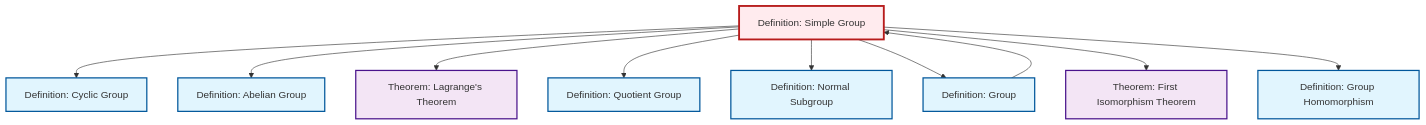
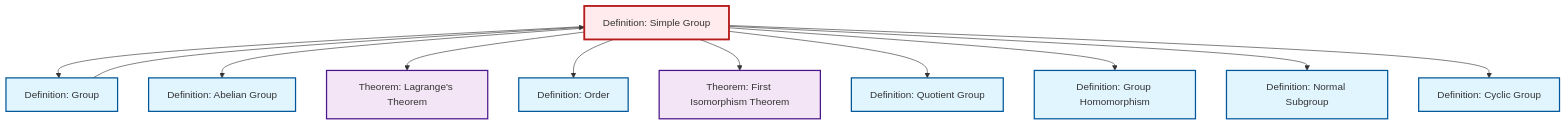
One commit to RK0429/ModernMath changed the diagram in output/mermaid/def-simple-group.mermaid. Above: the diagram before and after it, drawn with Mermaid. The commit also changed 581 other files, not shown here.

```diff
--- a/output/mermaid/def-simple-group.mermaid
+++ b/output/mermaid/def-simple-group.mermaid
@@ -1,26 +1,28 @@
 %%| fig-cap: "Local dependency graph"
 graph TD
     classDef definition fill:#e1f5fe,stroke:#01579b,stroke-width:2px
     classDef theorem fill:#f3e5f5,stroke:#4a148c,stroke-width:2px
     classDef axiom fill:#fff3e0,stroke:#e65100,stroke-width:2px
     classDef example fill:#e8f5e9,stroke:#1b5e20,stroke-width:2px
     classDef current fill:#ffebee,stroke:#b71c1c,stroke-width:3px
+    def-simple-group["Definition: Simple Group"]:::definition
+    def-order["Definition: Order"]:::definition
     def-quotient-group["Definition: Quotient Group"]:::definition
+    thm-lagrange["Theorem: Lagrange's Theorem"]:::theorem
     def-abelian-group["Definition: Abelian Group"]:::definition
-    def-simple-group["Definition: Simple Group"]:::definition
     def-cyclic-group["Definition: Cyclic Group"]:::definition
     def-group["Definition: Group"]:::definition
+    thm-first-isomorphism["Theorem: First Isomorphism Theorem"]:::theorem
+    def-homomorphism["Definition: Group Homomorphism"]:::definition
     def-normal-subgroup["Definition: Normal Subgroup"]:::definition
-    def-homomorphism["Definition: Group Homomorphism"]:::definition
-    thm-lagrange["Theorem: Lagrange's Theorem"]:::theorem
-    thm-first-isomorphism["Theorem: First Isomorphism Theorem"]:::theorem
-    def-simple-group --> def-cyclic-group
+    def-simple-group --> def-group
     def-simple-group --> def-abelian-group
     def-simple-group --> thm-lagrange
+    def-simple-group --> def-order
+    def-simple-group --> thm-first-isomorphism
     def-simple-group --> def-quotient-group
+    def-simple-group --> def-homomorphism
     def-simple-group --> def-normal-subgroup
     def-group --> def-simple-group
-    def-simple-group --> def-group
-    def-simple-group --> thm-first-isomorphism
-    def-simple-group --> def-homomorphism
+    def-simple-group --> def-cyclic-group
     class def-simple-group current
```
